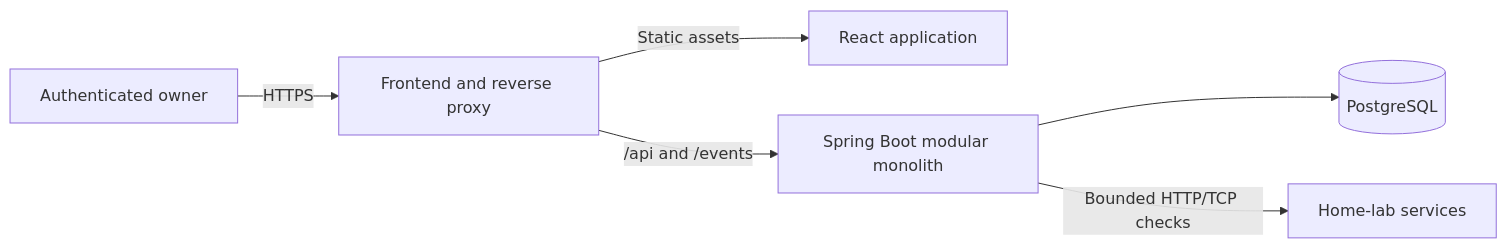
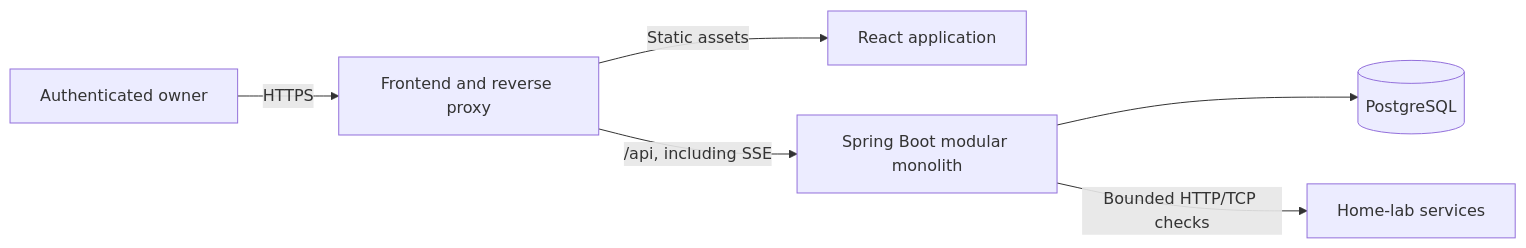
Before and after one commit to AlbinoPriest/homelab-monitor: the first of 2 diagrams in docs/ARCHITECTURE.md, drawn with Mermaid. The commit also changed other lines of this file and 25 other files, not shown here.

````diff
--- a/docs/ARCHITECTURE.md
+++ b/docs/ARCHITECTURE.md
@@ -36,8 +39,8 @@
 ```mermaid
 flowchart LR
     Owner["Authenticated owner"] -->|HTTPS| Proxy["Frontend and reverse proxy"]
     Proxy -->|Static assets| UI["React application"]
-    Proxy -->|/api and /events| API["Spring Boot modular monolith"]
+    Proxy -->|/api, including SSE| API["Spring Boot modular monolith"]
     API --> DB[("PostgreSQL")]
     API -->|Bounded HTTP/TCP checks| Targets["Home-lab services"]
 ```
````
